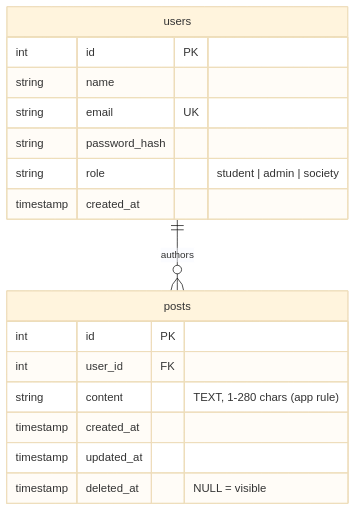
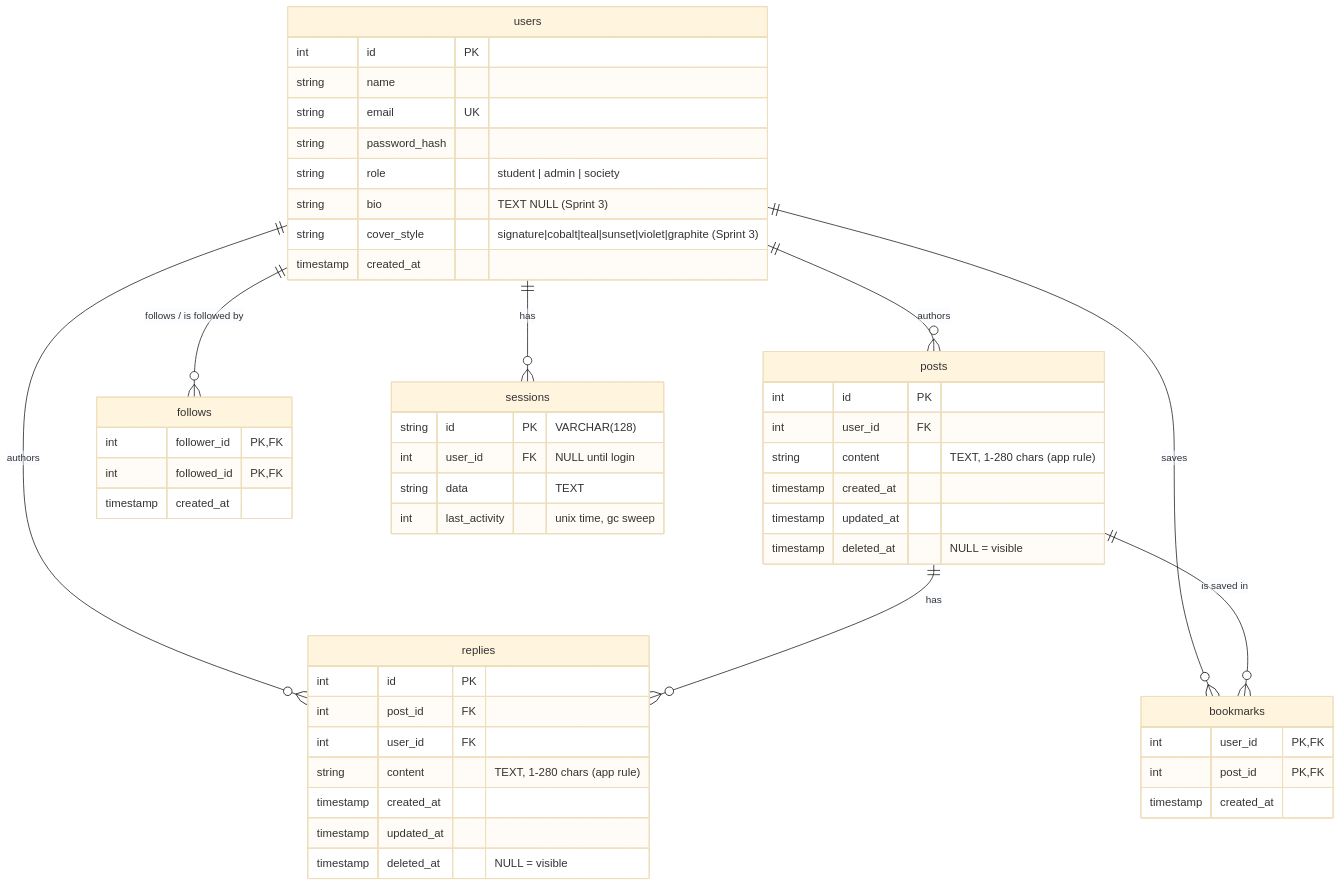
One commit to muddassir1935/ASPM-PROJECT- changed the second of 2 diagrams in docs/uml-class-diagram-erd.md. Above: the diagram before and after it, drawn with Mermaid (base theme). The commit also changed other lines of this file and 3 other files, not shown here.

Commit message:
docs(sprint-3): SRS increment, UML/ERD, WBS mapping, Sprint 3 review/retro (WBS 3.6)

````diff
--- a/docs/uml-class-diagram-erd.md
+++ b/docs/uml-class-diagram-erd.md
@@ -78,20 +153,53 @@
 ```mermaid
 erDiagram
     users ||--o{ posts : "authors"
+    users ||--o{ follows : "follows / is followed by"
+    users ||--o{ replies : "authors"
+    users ||--o{ bookmarks : "saves"
+    users ||--o{ sessions : "has"
+    posts ||--o{ replies : "has"
+    posts ||--o{ bookmarks : "is saved in"
     users {
         int id PK
         string name
         string email UK
         string password_hash
         string role "student | admin | society"
+        string bio "TEXT NULL (Sprint 3)"
+        string cover_style "signature|cobalt|teal|sunset|violet|graphite (Sprint 3)"
         timestamp created_at
     }
     posts {
         int id PK
         int user_id FK
         string content "TEXT, 1-280 chars (app rule)"
         timestamp created_at
         timestamp updated_at
         timestamp deleted_at "NULL = visible"
     }
+    follows {
+        int follower_id PK,FK
+        int followed_id PK,FK
+        timestamp created_at
+    }
+    replies {
+        int id PK
+        int post_id FK
+        int user_id FK
+        string content "TEXT, 1-280 chars (app rule)"
+        timestamp created_at
+        timestamp updated_at
+        timestamp deleted_at "NULL = visible"
+    }
+    bookmarks {
+        int user_id PK,FK
+        int post_id PK,FK
+        timestamp created_at
+    }
+    sessions {
+        string id PK "VARCHAR(128)"
+        int user_id FK "NULL until login"
+        string data "TEXT"
+        int last_activity "unix time, gc sweep"
+    }
 ```
````
